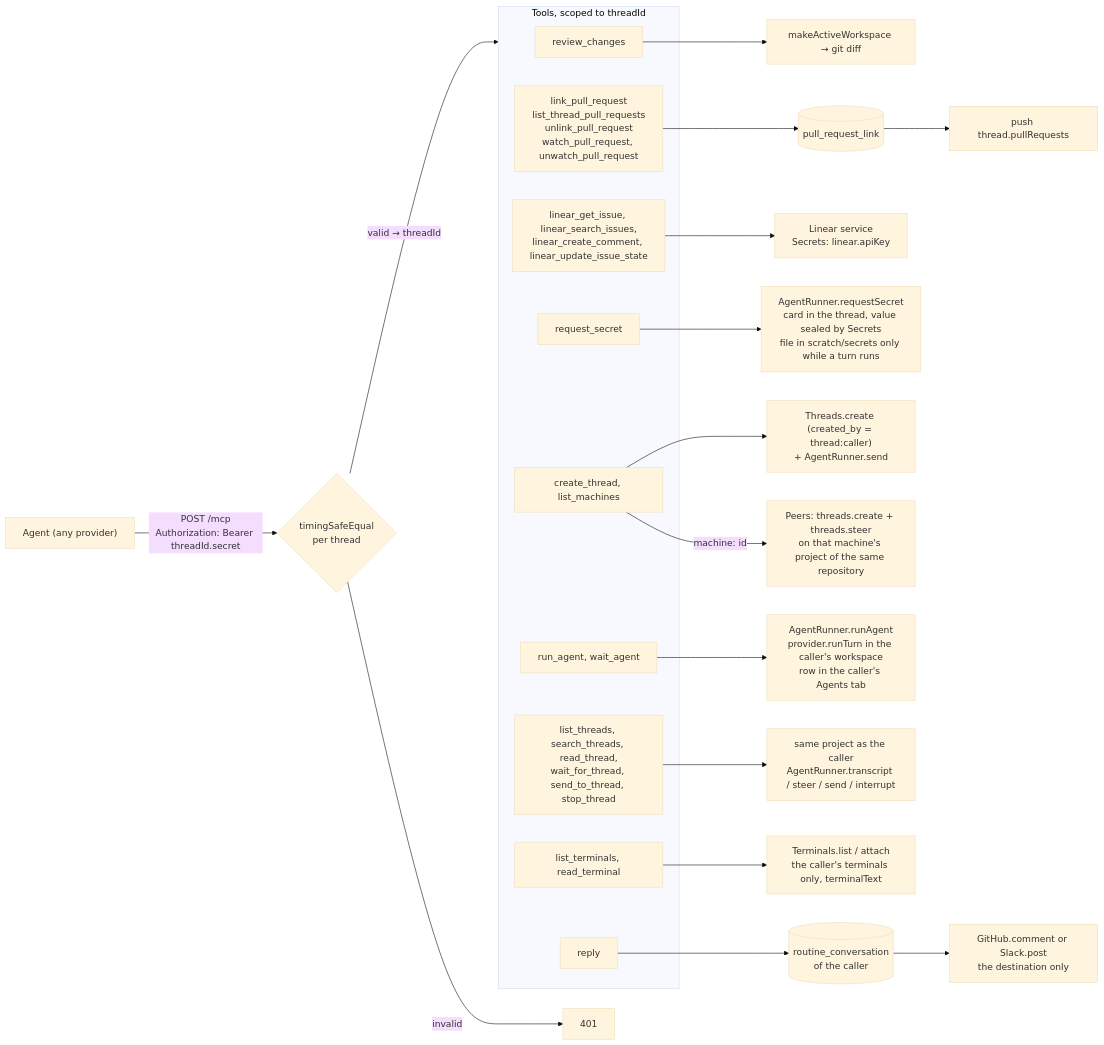
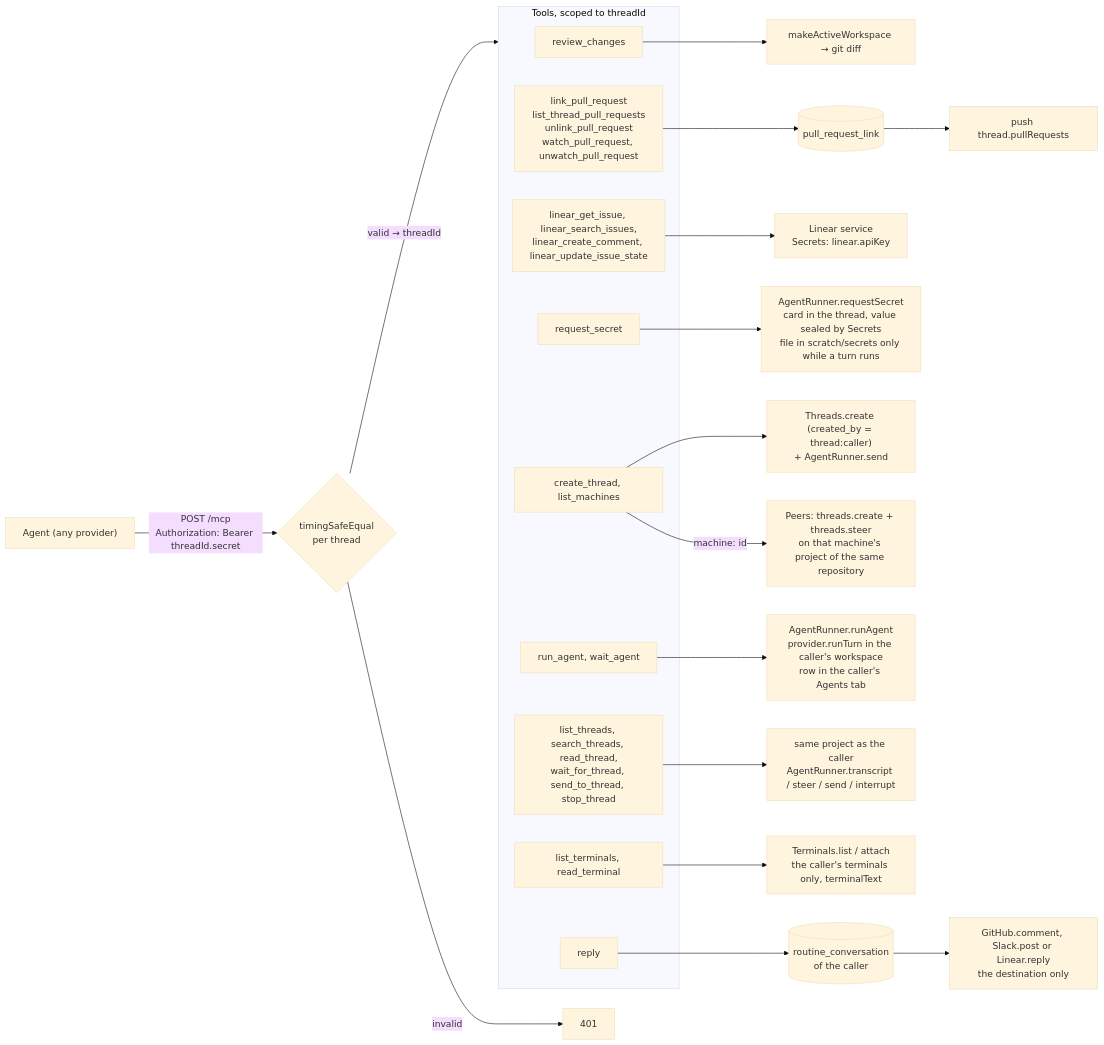
Before and after one commit to hinadev-ai/hinacode: diagram 16 of 19 in docs/arch.md, drawn with Mermaid (base theme). The commit also changed other lines of this file and 1 other file, not shown here.

Commit message:
docs(routines): design the Linear trigger source

````diff
--- a/docs/arch.md
+++ b/docs/arch.md
@@ -684,27 +684,27 @@
 ```mermaid
 flowchart LR
   agent["Agent (any provider)"] -- "POST /mcp<br/>Authorization: Bearer threadId.secret" --> auth{"timingSafeEqual<br/>per thread"}
   auth -- "valid → threadId" --> tools
   auth -- invalid --> deny["401"]
   subgraph tools["Tools, scoped to threadId"]
     review["review_changes"]
     prs["link_pull_request<br/>list_thread_pull_requests<br/>unlink_pull_request<br/>watch_pull_request, unwatch_pull_request"]
     linear["linear_get_issue, linear_search_issues,<br/>linear_create_comment, linear_update_issue_state"]
     secret["request_secret"]
     create["create_thread, list_machines"]
     run["run_agent, wait_agent"]
     control["list_threads, search_threads, read_thread,<br/>wait_for_thread, send_to_thread, stop_thread"]
     terms["list_terminals, read_terminal"]
     reply["reply"]
   end
   review --> ws["makeActiveWorkspace → git diff"]
   prs --> db[("pull_request_link")] --> push["push thread.pullRequests"]
   linear --> apikey["Linear service<br/>Secrets: linear.apiKey"]
   secret --> runner["AgentRunner.requestSecret<br/>card in the thread, value sealed by Secrets<br/>file in scratch/secrets only while a turn runs"]
   create --> threads["Threads.create (created_by = thread:caller)<br/>+ AgentRunner.send"]
   create -- "machine: id" --> peers["Peers: threads.create + threads.steer<br/>on that machine's project of the same repository"]
   run --> agentRun["AgentRunner.runAgent<br/>provider.runTurn in the caller's workspace<br/>row in the caller's Agents tab"]
   control --> scope["same project as the caller<br/>AgentRunner.transcript / steer / send / interrupt"]
   terms --> scrollback["Terminals.list / attach<br/>the caller's terminals only, terminalText"]
-  reply --> conv[("routine_conversation<br/>of the caller")] --> gh["GitHub.comment or Slack.post<br/>the destination only"]
+  reply --> conv[("routine_conversation<br/>of the caller")] --> gh["GitHub.comment, Slack.post or Linear.reply<br/>the destination only"]
 ```
````
